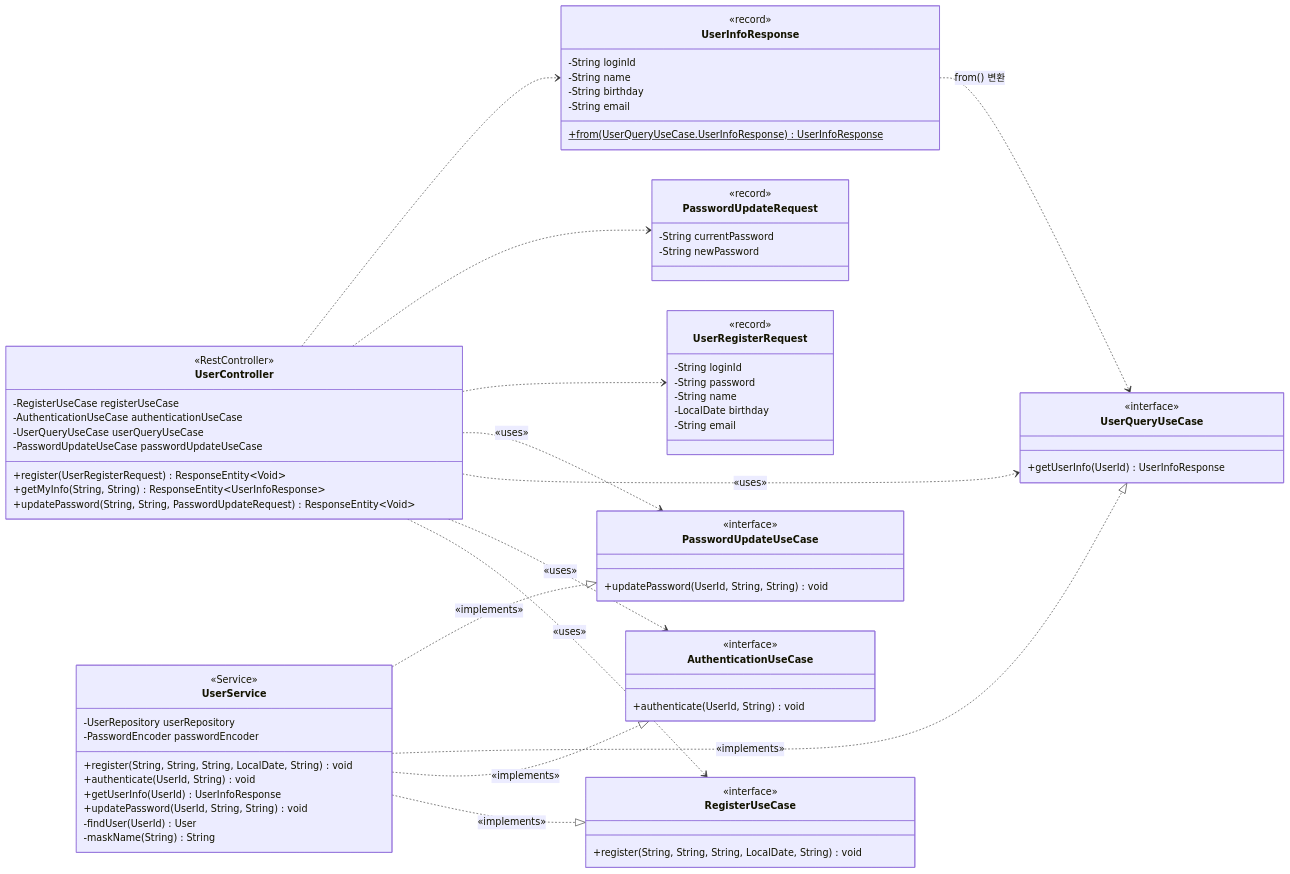
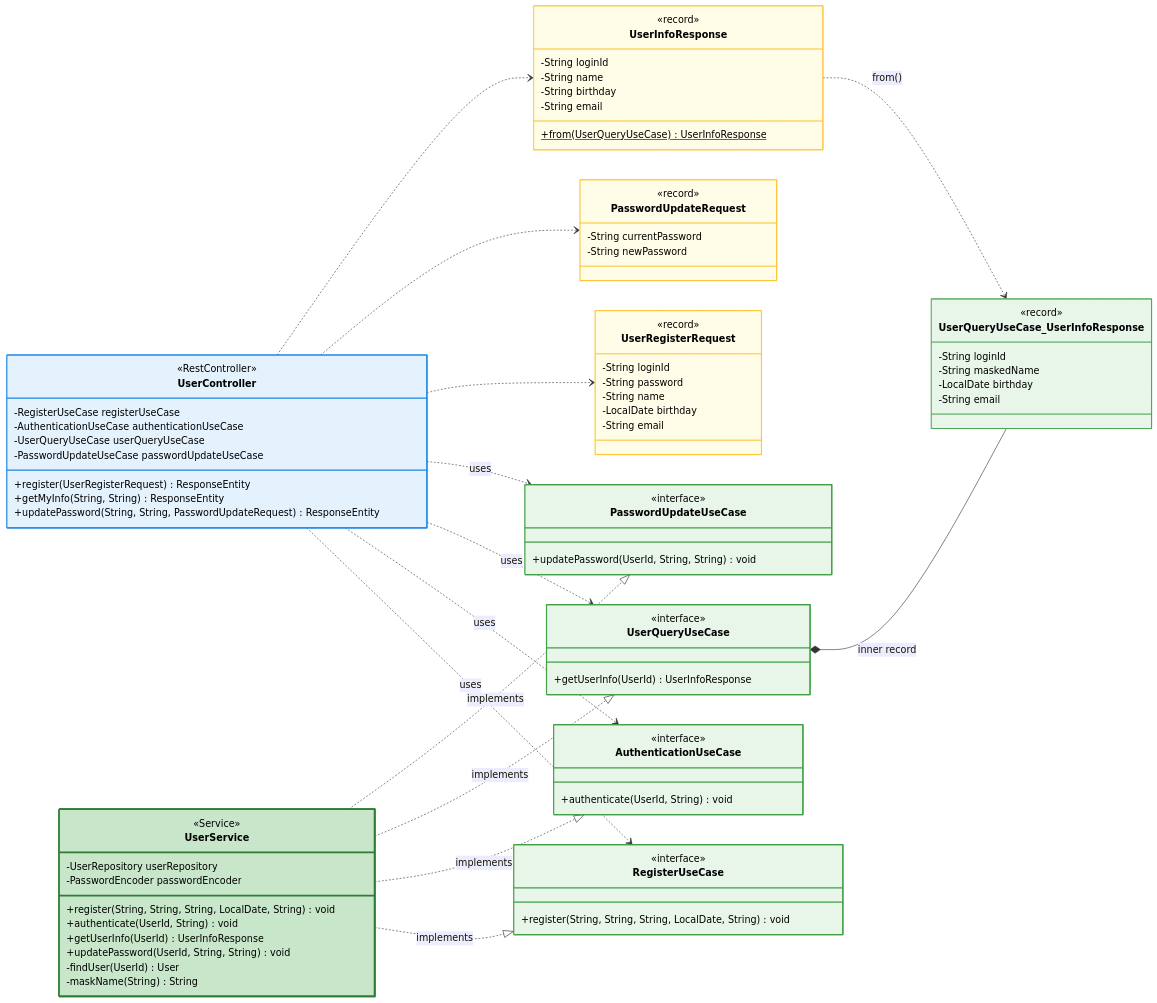
Before and after one commit to ukukdin/loop-pack-be-l2-vol3-java: the second of 6 diagrams in .docs/design/03-class-diagram.md, drawn with Mermaid. The commit also changed other lines of this file and 1 other file, not shown here.

Commit message:
⏺ refactor: class-diagram 수정

````diff
--- a/.docs/design/03-class-diagram.md
+++ b/.docs/design/03-class-diagram.md
@@ -45,18 +44,16 @@
     %% ═══════════════════════════════════════
     %% Interfaces Layer
     %% ═══════════════════════════════════════
-
     class UserController {
         <<RestController>>
         -RegisterUseCase registerUseCase
         -AuthenticationUseCase authenticationUseCase
         -UserQueryUseCase userQueryUseCase
         -PasswordUpdateUseCase passwordUpdateUseCase
-        +register(UserRegisterRequest) ResponseEntity~Void~
-        +getMyInfo(String, String) ResponseEntity~UserInfoResponse~
-        +updatePassword(String, String, PasswordUpdateRequest) ResponseEntity~Void~
+        +register(UserRegisterRequest) ResponseEntity
+        +getMyInfo(String, String) ResponseEntity
+        +updatePassword(String, String, PasswordUpdateRequest) ResponseEntity
     }
-
     class UserRegisterRequest {
         <<record>>
         -String loginId
@@ -65,16 +62,14 @@
         -LocalDate birthday
         -String email
     }
-
     class UserInfoResponse {
         <<record>>
         -String loginId
         -String name
         -String birthday
         -String email
-        +from(UserQueryUseCase.UserInfoResponse)$ UserInfoResponse
+        +from(UserQueryUseCase) UserInfoResponse$
     }
-
     class PasswordUpdateRequest {
         <<record>>
         -String currentPassword
@@ -84,27 +79,29 @@
     %% ═══════════════════════════════════════
     %% Application Layer
     %% ═══════════════════════════════════════
-
     class RegisterUseCase {
         <<interface>>
         +register(String, String, String, LocalDate, String) void
     }
-
     class AuthenticationUseCase {
         <<interface>>
         +authenticate(UserId, String) void
     }
-
     class UserQueryUseCase {
         <<interface>>
         +getUserInfo(UserId) UserInfoResponse
     }
-
+    class UserQueryUseCase_UserInfoResponse {
+        <<record>>
+        -String loginId
+        -String maskedName
+        -LocalDate birthday
+        -String email
+    }
     class PasswordUpdateUseCase {
         <<interface>>
         +updatePassword(UserId, String, String) void
     }
-
     class UserService {
         <<Service>>
         -UserRepository userRepository
@@ -118,22 +115,40 @@
     }
 
     %% --- 의존 (Dependency): Controller → UseCase ---
-    UserController ..> RegisterUseCase : «uses»
-    UserController ..> AuthenticationUseCase : «uses»
-    UserController ..> UserQueryUseCase : «uses»
-    UserController ..> PasswordUpdateUseCase : «uses»
+    UserController ..> RegisterUseCase : uses
+    UserController ..> AuthenticationUseCase : uses
+    UserController ..> UserQueryUseCase : uses
+    UserController ..> PasswordUpdateUseCase : uses
 
     %% --- 의존 (Dependency): Controller → DTO ---
     UserController ..> UserRegisterRequest
     UserController ..> PasswordUpdateRequest
     UserController ..> UserInfoResponse
 
-    %% --- 실체화 (Realization): Service ── UseCase ---
-    UserService ..|> RegisterUseCase : «implements»
-    UserService ..|> AuthenticationUseCase : «implements»
-    UserService ..|> UserQueryUseCase : «implements»
-    UserService ..|> PasswordUpdateUseCase : «implements»
+    %% --- 실체화 (Realization): Service → UseCase ---
+    UserService ..|> RegisterUseCase : implements
+    UserService ..|> AuthenticationUseCase : implements
+    UserService ..|> UserQueryUseCase : implements
+    UserService ..|> PasswordUpdateUseCase : implements
+
+    %% --- inner record ---
+    UserQueryUseCase *-- UserQueryUseCase_UserInfoResponse : inner record
 
     %% --- DTO 변환 ---
-    UserInfoResponse ..> UserQueryUseCase : from() 변환
+    UserInfoResponse ..> UserQueryUseCase_UserInfoResponse : from()
+
+    %% ═══════════════════════════════════════
+    %% Styling
+    %% ═══════════════════════════════════════
+    style UserController fill:#e3f2fd,stroke:#1e88e5,stroke-width:2px,color:#000
+    style UserRegisterRequest fill:#fffde7,stroke:#fbc02d,stroke-width:1px,color:#000
+    style UserInfoResponse fill:#fffde7,stroke:#fbc02d,stroke-width:1px,color:#000
+    style PasswordUpdateRequest fill:#fffde7,stroke:#fbc02d,stroke-width:1px,color:#000
+
+    style RegisterUseCase fill:#e8f5e9,stroke:#43a047,stroke-width:2px,color:#000
+    style AuthenticationUseCase fill:#e8f5e9,stroke:#43a047,stroke-width:2px,color:#000
+    style UserQueryUseCase fill:#e8f5e9,stroke:#43a047,stroke-width:2px,color:#000
+    style UserQueryUseCase_UserInfoResponse fill:#e8f5e9,stroke:#43a047,stroke-width:1px,color:#000
+    style PasswordUpdateUseCase fill:#e8f5e9,stroke:#43a047,stroke-width:2px,color:#000
+    style UserService fill:#c8e6c9,stroke:#2e7d32,stroke-width:3px,color:#000
 ```
````
